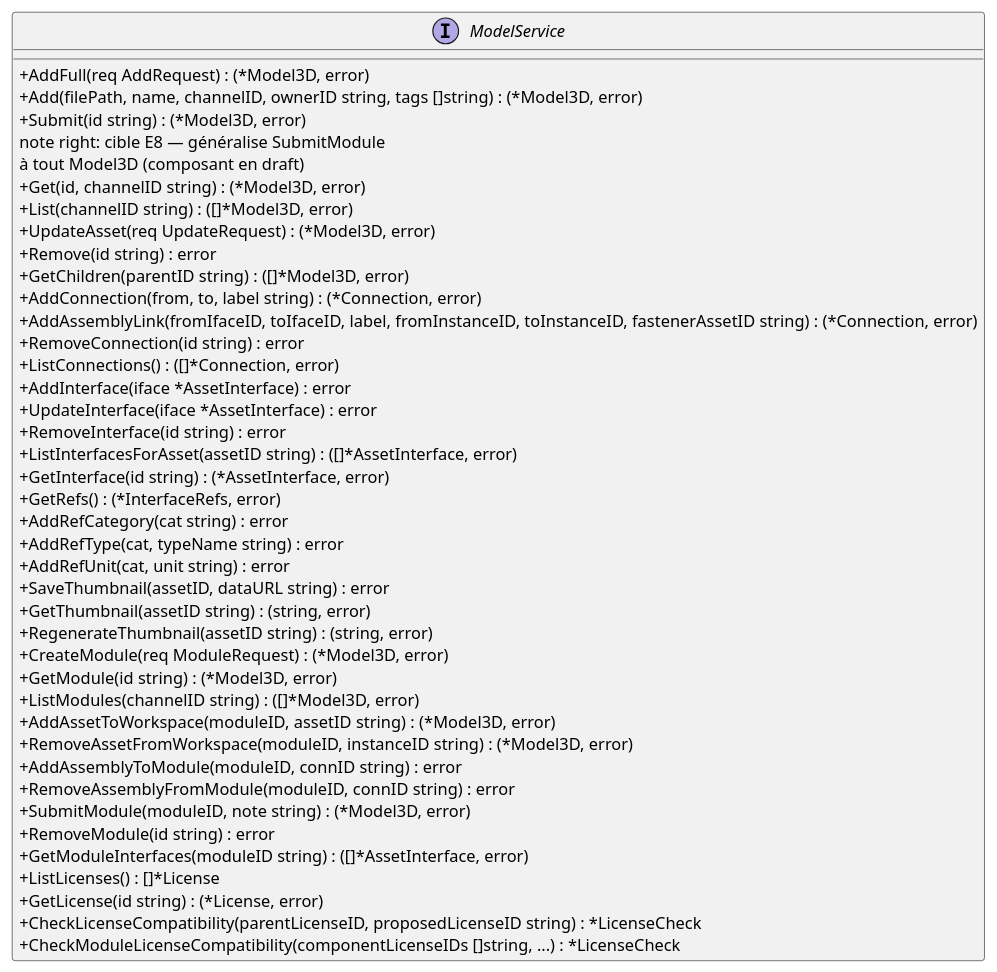
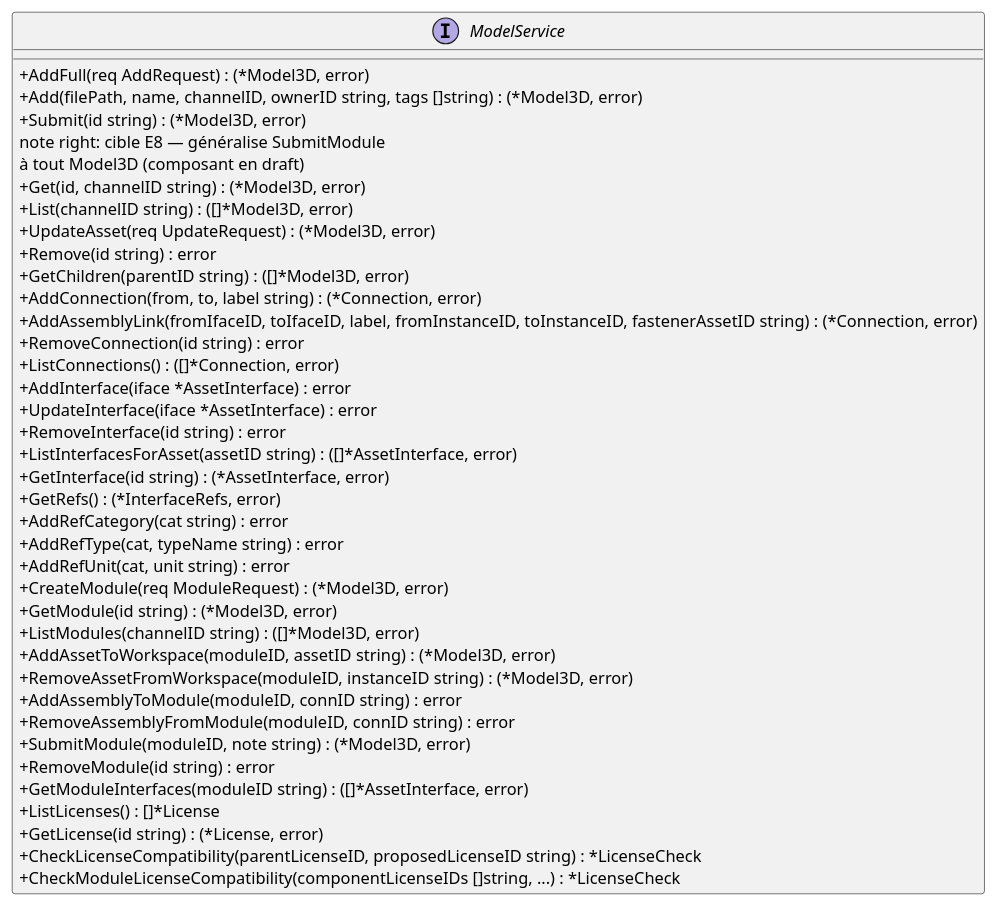
The fourth of 5 diagrams in specs/3-Conception/Architecture_Composition.md (myr-forge/myr-core), drawn with PlantUML before and after one commit. The commit also changed other lines of this file and 56 other files, not shown here.

````diff
--- a/specs/3-Conception/Architecture_Composition.md
+++ b/specs/3-Conception/Architecture_Composition.md
@@ -394,52 +394,48 @@
 ```plantuml
 @startuml
 skinparam classAttributeIconSize 0
 interface ModelService {
   ' D3/D4 — Composants
   + AddFull(req AddRequest) : (*Model3D, error)
   + Add(filePath, name, channelID, ownerID string, tags []string) : (*Model3D, error)
   + Submit(id string) : (*Model3D, error)
   note right: cible E8 — généralise SubmitModule\nà tout Model3D (composant en draft)
   + Get(id, channelID string) : (*Model3D, error)
   + List(channelID string) : ([]*Model3D, error)
   + UpdateAsset(req UpdateRequest) : (*Model3D, error)
   + Remove(id string) : error
   + GetChildren(parentID string) : ([]*Model3D, error)
   ' D5 — Connexions (composition d'un module)
   + AddConnection(from, to, label string) : (*Connection, error)
   + AddAssemblyLink(fromIfaceID, toIfaceID, label, fromInstanceID, toInstanceID, fastenerAssetID string) : (*Connection, error)
   + RemoveConnection(id string) : error
   + ListConnections() : ([]*Connection, error)
   ' D5 — Interfaces physiques
   + AddInterface(iface *AssetInterface) : error
   + UpdateInterface(iface *AssetInterface) : error
   + RemoveInterface(id string) : error
   + ListInterfacesForAsset(assetID string) : ([]*AssetInterface, error)
   + GetInterface(id string) : (*AssetInterface, error)
   + GetRefs() : (*InterfaceRefs, error)
   + AddRefCategory(cat string) : error
   + AddRefType(cat, typeName string) : error
   + AddRefUnit(cat, unit string) : error
-  ' D5 — Miniatures
-  + SaveThumbnail(assetID, dataURL string) : error
-  + GetThumbnail(assetID string) : (string, error)
-  + RegenerateThumbnail(assetID string) : (string, error)
   ' D6 — Modules
   + CreateModule(req ModuleRequest) : (*Model3D, error)
   + GetModule(id string) : (*Model3D, error)
   + ListModules(channelID string) : ([]*Model3D, error)
   + AddAssetToWorkspace(moduleID, assetID string) : (*Model3D, error)
   + RemoveAssetFromWorkspace(moduleID, instanceID string) : (*Model3D, error)
   + AddAssemblyToModule(moduleID, connID string) : error
   + RemoveAssemblyFromModule(moduleID, connID string) : error
   + SubmitModule(moduleID, note string) : (*Model3D, error)
   + RemoveModule(id string) : error
   + GetModuleInterfaces(moduleID string) : ([]*AssetInterface, error)
   ' Licences
   + ListLicenses() : []*License
   + GetLicense(id string) : (*License, error)
   + CheckLicenseCompatibility(parentLicenseID, proposedLicenseID string) : *LicenseCheck
   + CheckModuleLicenseCompatibility(componentLicenseIDs []string, ...) : *LicenseCheck
 }
 @enduml
 ```
````
